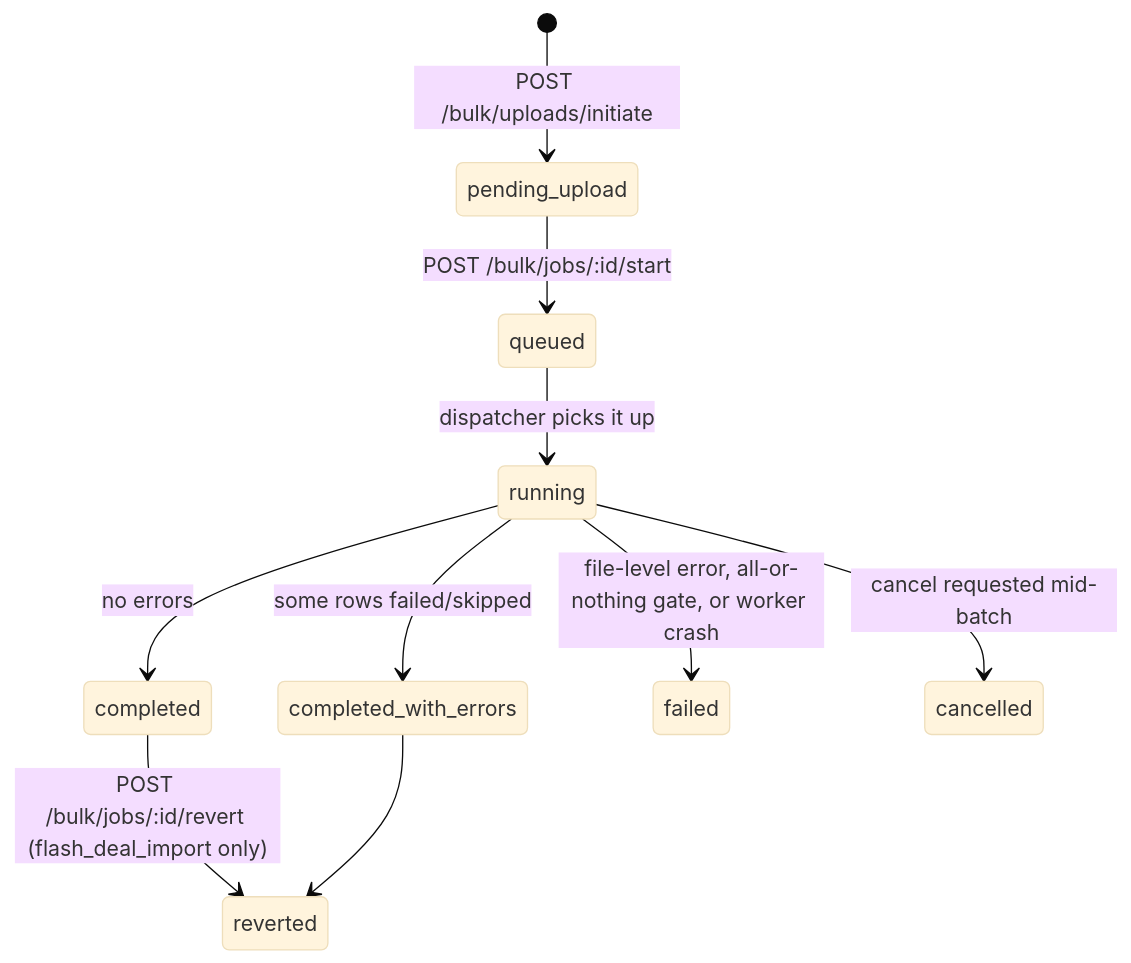
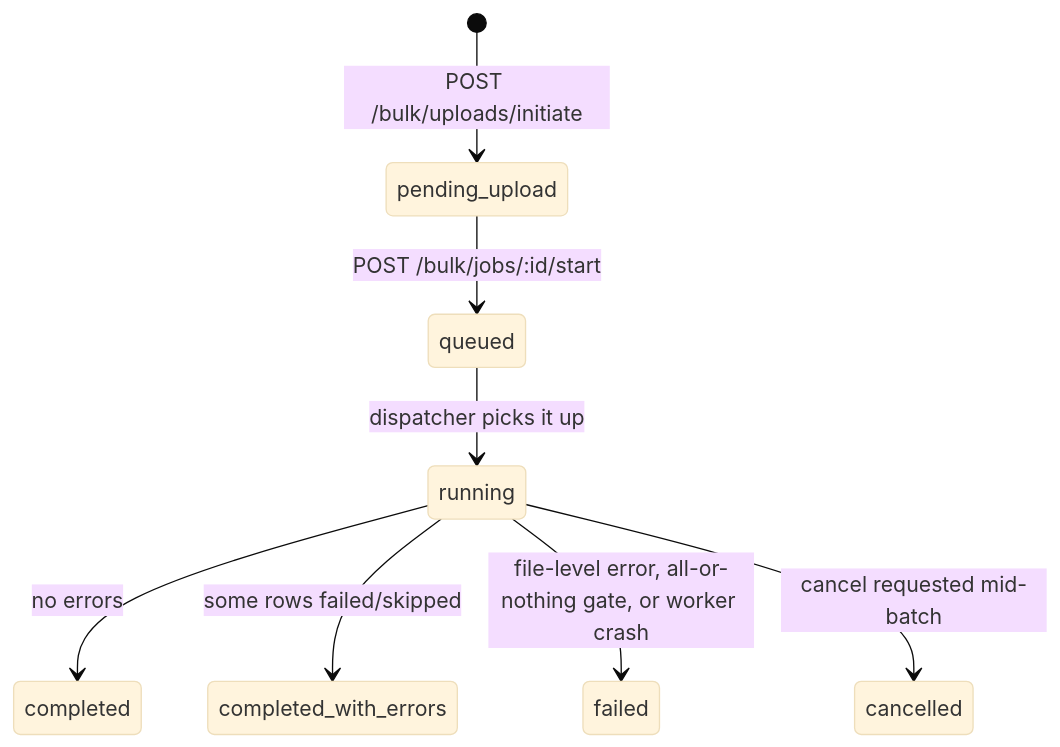
One commit to ismailfarisi/materialhub changed the first of 2 diagrams in docs/backend/06-bulk-jobs.md. Above: the diagram before and after it, drawn with Mermaid (base theme). The commit also changed other lines of this file and 107 other files, not shown here.

First line of the commit message:
Prune order-service, finish the schema and update the backend docs

````diff
--- a/docs/backend/06-bulk-jobs.md
+++ b/docs/backend/06-bulk-jobs.md
@@ -43,12 +39,10 @@
 ```mermaid
 stateDiagram-v2
     [*] --> pending_upload: POST /bulk/uploads/initiate
     pending_upload --> queued: POST /bulk/jobs/:id/start
     queued --> running: dispatcher picks it up
     running --> completed: no errors
     running --> completed_with_errors: some rows failed/skipped
     running --> failed: file-level error, all-or-nothing gate, or worker crash
     running --> cancelled: cancel requested mid-batch
-    completed --> reverted: POST /bulk/jobs/:id/revert (flash_deal_import only)
-    completed_with_errors --> reverted
 ```
````
